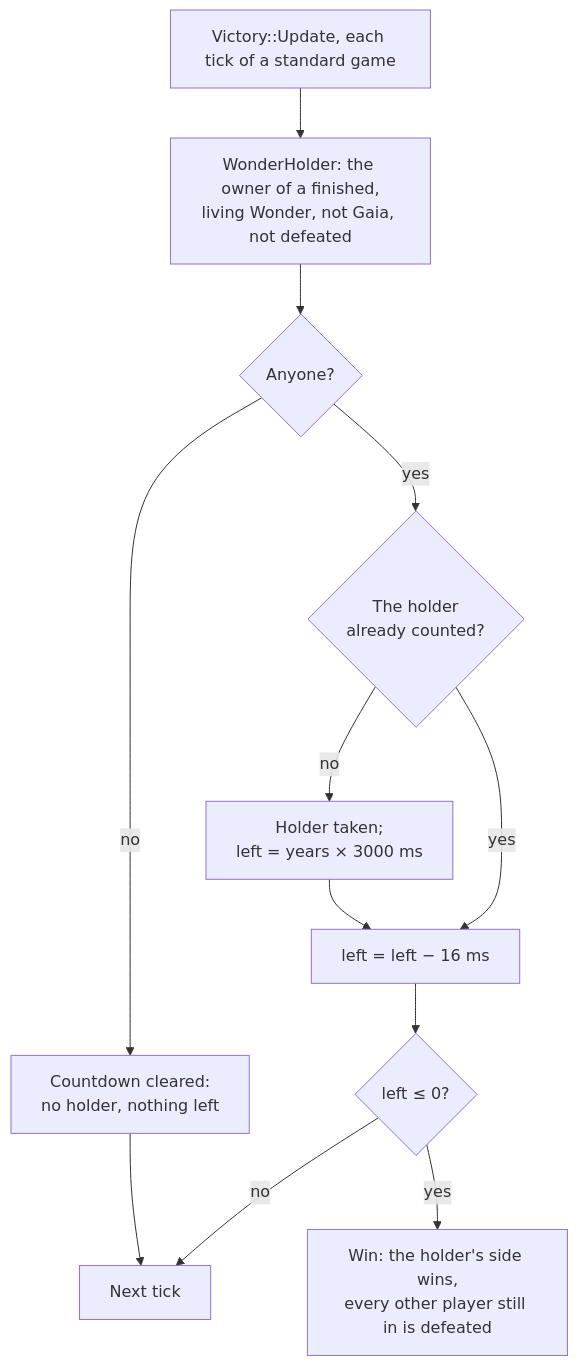
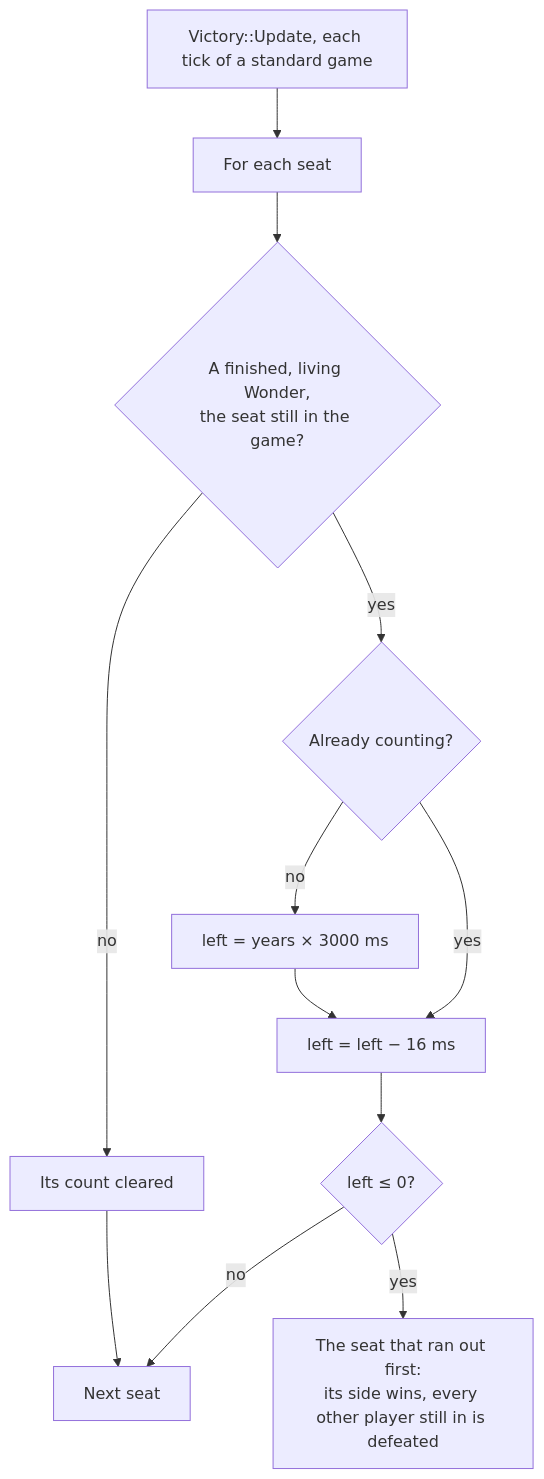
One commit to Zaydme/openaok changed the diagram in docs/engine/victory.md. Above: the diagram before and after it, drawn with Mermaid. The commit also changed other lines of this file and 7 other files, not shown here.

````diff
--- a/docs/engine/victory.md
+++ b/docs/engine/victory.md
@@ -130,14 +126,14 @@
 ```mermaid
 flowchart TD
-    tick["Victory::Update, each tick of a standard game"] --> find["WonderHolder: the owner of a finished,<br/>living Wonder, not Gaia, not defeated"]
-    find --> any{"Anyone?"}
-    any -->|no| clear["Countdown cleared:<br/>no holder, nothing left"]
-    any -->|yes| same{"The holder<br/>already counted?"}
-    same -->|no| start["Holder taken;<br/>left = years × 3000 ms"]
-    same -->|yes| take["left = left − 16 ms"]
+    tick["Victory::Update, each tick of a standard game"] --> seat["For each seat"]
+    seat --> holds{"A finished, living Wonder,<br/>the seat still in the game?"}
+    holds -->|no| clear["Its count cleared"]
+    holds -->|yes| counting{"Already counting?"}
+    counting -->|no| start["left = years × 3000 ms"]
+    counting -->|yes| take["left = left − 16 ms"]
     start --> take
     take --> out{"left ≤ 0?"}
-    out -->|no| next["Next tick"]
+    out -->|no| next["Next seat"]
     clear --> next
-    out -->|yes| win["Win: the holder's side wins,<br/>every other player still in is defeated"]
+    out -->|yes| win["The seat that ran out first:<br/>its side wins, every other player still in is defeated"]
 ```
````
